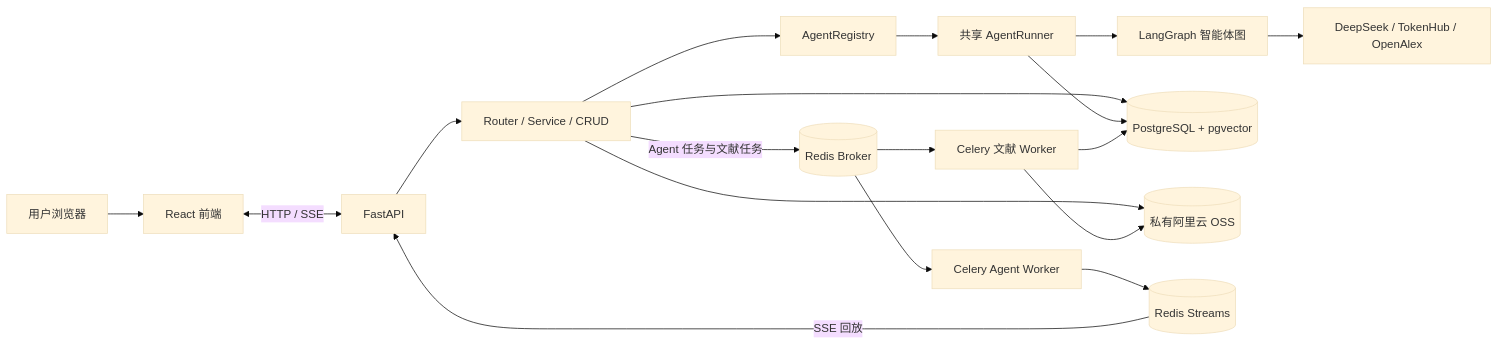
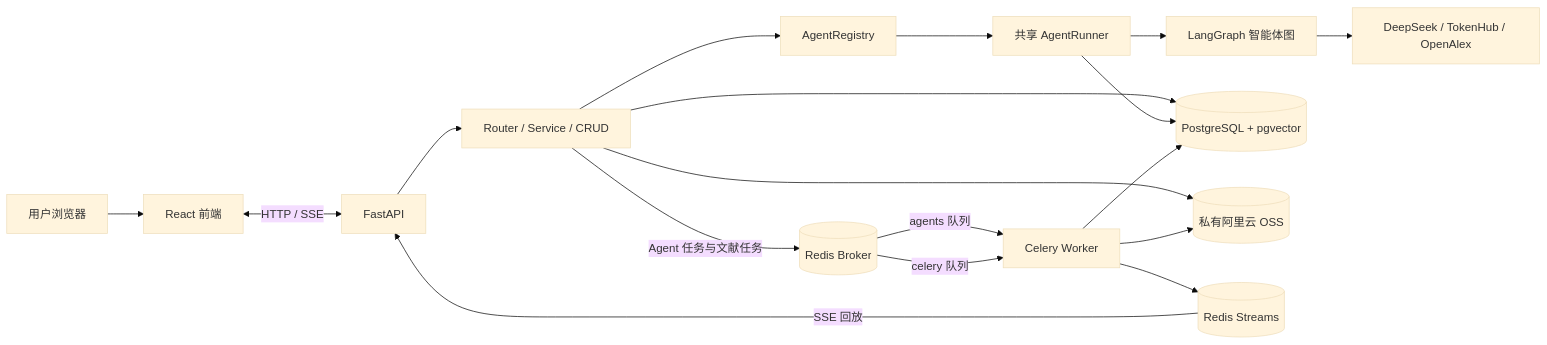
One commit to zt20001126/NexusAI changed the diagram in README.md. Above: the diagram before and after it, drawn with Mermaid (base theme). The commit also changed other lines of this file and 5 other files, not shown here.

````diff
--- a/README.md
+++ b/README.md
@@ -34,20 +34,20 @@
 ```mermaid
 flowchart LR
     User[用户浏览器] --> Web[React 前端]
     Web <-->|HTTP / SSE| API[FastAPI]
     API --> App[Router / Service / CRUD]
     App --> Registry[AgentRegistry]
     Registry --> Runner[共享 AgentRunner]
     Runner --> Graphs[LangGraph 智能体图]
     Graphs --> Models[DeepSeek / TokenHub / OpenAlex]
     App --> DB[(PostgreSQL + pgvector)]
     Runner --> DB
     App --> OSS[(私有阿里云 OSS)]
     App -->|Agent 任务与文献任务| Queue[(Redis Broker)]
-    Queue --> AgentWorker[Celery Agent Worker]
-    AgentWorker --> Events[(Redis Streams)]
+    Queue -->|agents 队列| Worker[Celery Worker]
+    Worker --> Events[(Redis Streams)]
     Events -->|SSE 回放| API
-    Queue --> LiteratureWorker[Celery 文献 Worker]
-    LiteratureWorker --> DB
-    LiteratureWorker --> OSS
+    Queue -->|celery 队列| Worker
+    Worker --> DB
+    Worker --> OSS
 ```
````
